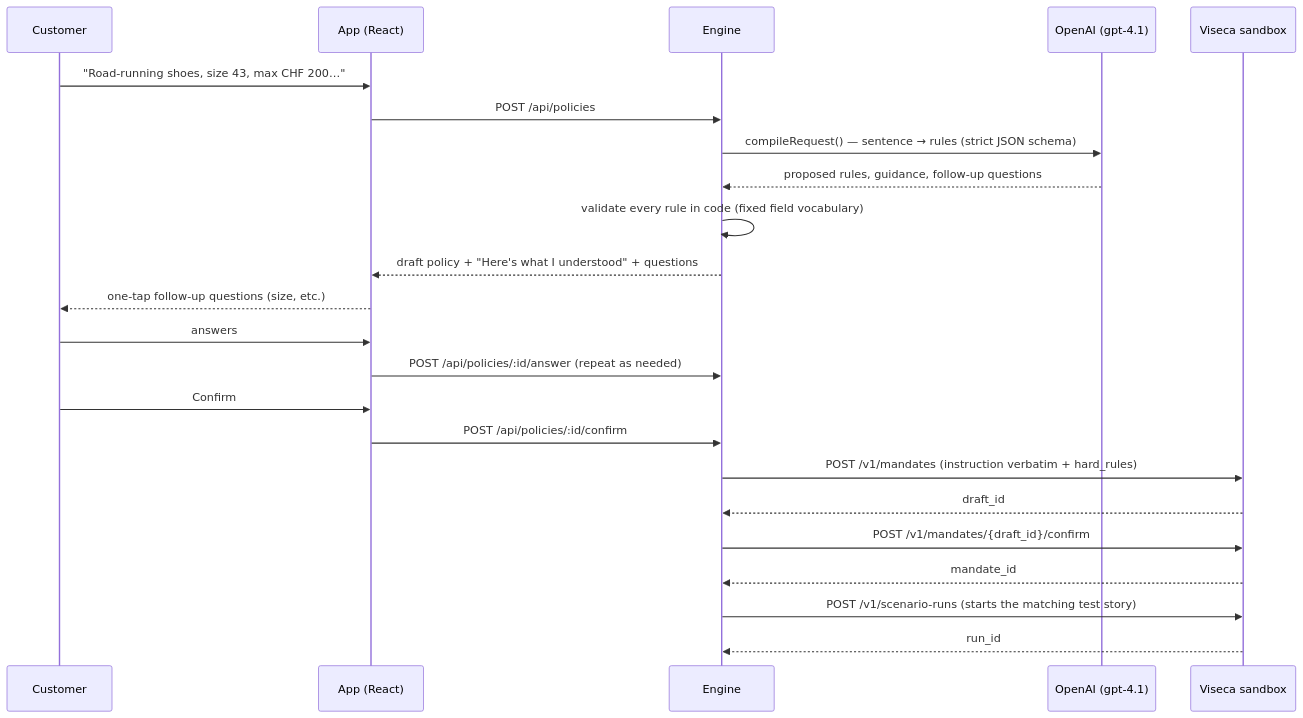
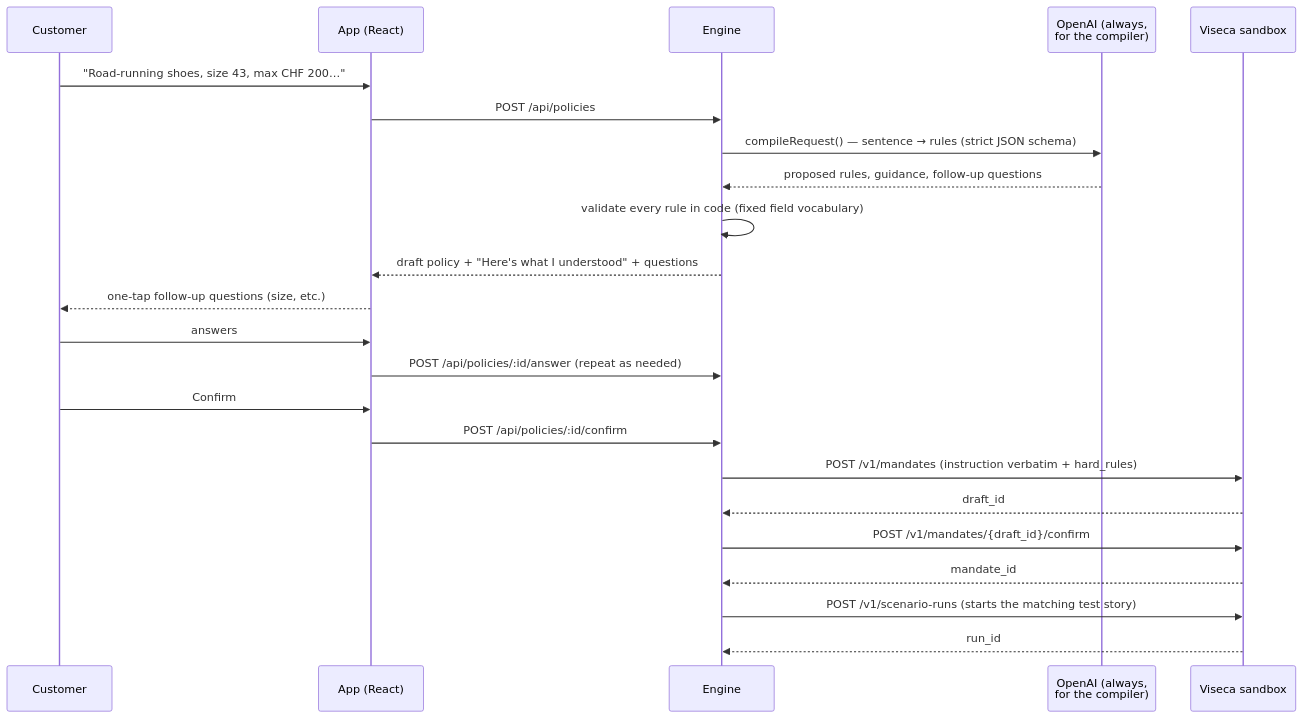
One commit to gfilomena/agent-on-a-leash changed the first of 2 diagrams in docs/TECHNICAL_DOCUMENTATION.md. Above: the diagram before and after it, drawn with Mermaid. The commit also changed other lines of this file and 2 other files, not shown here.

````diff
--- a/docs/TECHNICAL_DOCUMENTATION.md
+++ b/docs/TECHNICAL_DOCUMENTATION.md
@@ -49,26 +49,26 @@
 ```mermaid
 sequenceDiagram
     participant C as Customer
     participant App as App (React)
     participant Eng as Engine
-    participant AI as OpenAI (gpt-4.1)
+    participant AI as OpenAI (always,<br/>for the compiler)
     participant V as Viseca sandbox
 
     C->>App: "Road-running shoes, size 43, max CHF 200…"
     App->>Eng: POST /api/policies
     Eng->>AI: compileRequest() — sentence → rules (strict JSON schema)
     AI-->>Eng: proposed rules, guidance, follow-up questions
     Eng->>Eng: validate every rule in code (fixed field vocabulary)
     Eng-->>App: draft policy + "Here's what I understood" + questions
     App-->>C: one-tap follow-up questions (size, etc.)
     C->>App: answers
     App->>Eng: POST /api/policies/:id/answer (repeat as needed)
     C->>App: Confirm
     App->>Eng: POST /api/policies/:id/confirm
     Eng->>V: POST /v1/mandates (instruction verbatim + hard_rules)
     V-->>Eng: draft_id
     Eng->>V: POST /v1/mandates/{draft_id}/confirm
     V-->>Eng: mandate_id
     Eng->>V: POST /v1/scenario-runs (starts the matching test story)
     V-->>Eng: run_id
 ```
````
